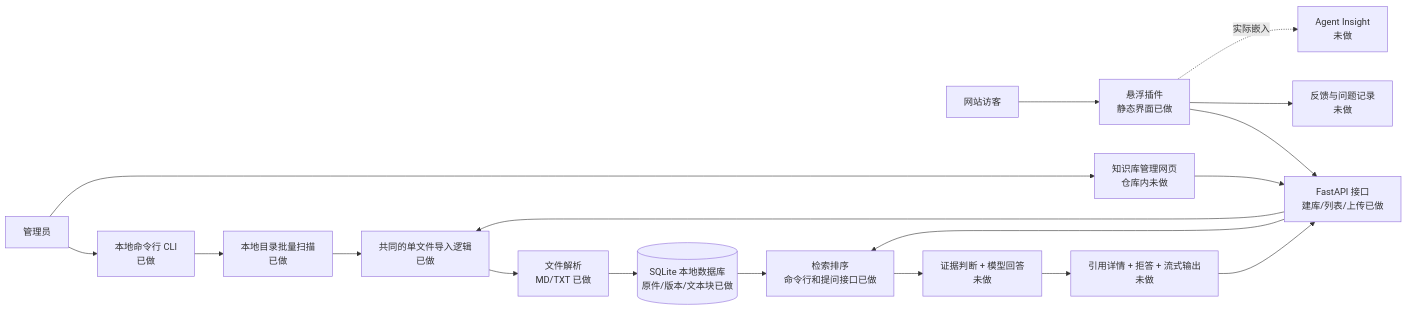
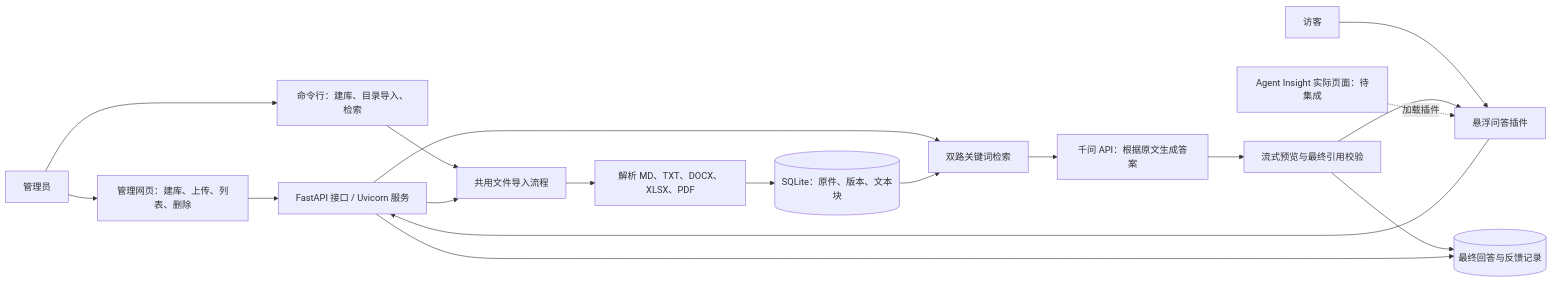
One commit to eggdk/knowledge-assistant changed the first of 2 diagrams in docs/learning/00-project-architecture.md. Above: the diagram before and after it, drawn with Mermaid. The commit also changed other lines of this file and 2 other files, not shown here.

Commit message:
Refresh project architecture and learning guide

````diff
--- a/docs/learning/00-project-architecture.md
+++ b/docs/learning/00-project-architecture.md
@@ -15,20 +15,20 @@
-```mermaid
+~~~mermaid
 flowchart LR
-    A[管理员] --> CLI[本地命令行 CLI<br/>已做]
-    A --> M[知识库管理网页<br/>仓库内未做]
-    V[网站访客] --> W[悬浮插件<br/>静态界面已做]
-    M --> API[FastAPI 接口<br/>建库/列表/上传已做]
+    A["管理员"] --> M["管理网页：建库、上传、列表、删除"]
+    A --> CLI["命令行：建库、目录导入、检索"]
+    M --> API["FastAPI 接口 / Uvicorn 服务"]
+    CLI --> I["共用文件导入流程"]
+    API --> I
+    I --> P["解析 MD、TXT、DOCX、XLSX、PDF"]
+    P --> DB[("SQLite：原件、版本、文本块")]
+    V["访客"] --> W["悬浮问答插件"]
     W --> API
-    CLI --> B[本地目录批量扫描<br/>已做]
-    B --> I[共同的单文件导入逻辑<br/>已做]
-    API --> I
-    I --> P[文件解析<br/>MD/TXT 已做]
-    P --> S[(SQLite 本地数据库<br/>原件/版本/文本块已做)]
-    S --> R[检索排序<br/>命令行和提问接口已做]
-    API --> R
-    R --> Q[证据判断 + 模型回答<br/>未做]
-    Q --> C[引用详情 + 拒答 + 流式输出<br/>未做]
-    C --> API
-    W --> F[反馈与问题记录<br/>未做]
-    W -.实际嵌入.-> G[Agent Insight<br/>未做]
-```
+    API --> R["双路关键词检索"]
+    DB --> R
+    R --> Q["千问 API：根据原文生成答案"]
+    Q --> C["流式预览与最终引用校验"]
+    C --> W
+    C --> H[("最终回答与反馈记录")]
+    API --> H
+    G["Agent Insight 实际页面：待集成"] -. "加载插件" .-> W
+~~~
````
